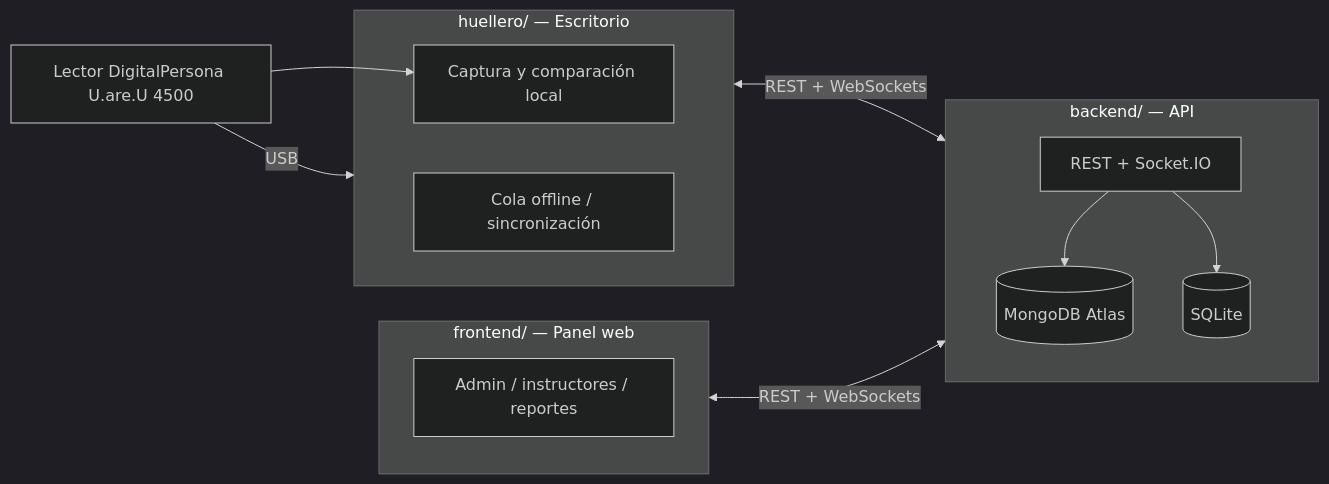
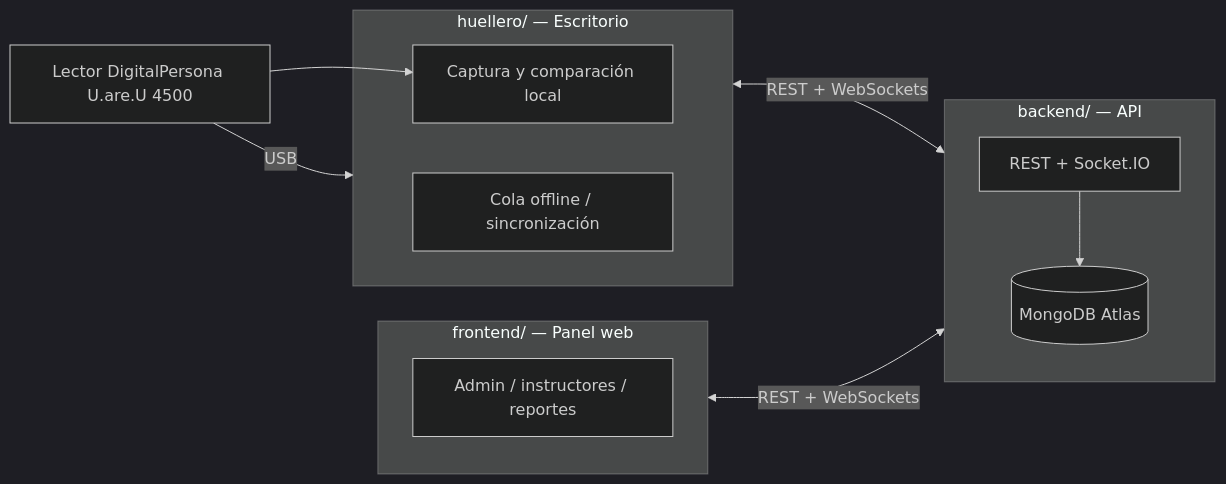
One commit to JuanViviescas00/Asista changed the diagram in README.md. Above: the diagram before and after it, drawn with Mermaid (dark theme). The commit also changed other lines of this file and 9 other files, not shown here.

````diff
--- a/README.md
+++ b/README.md
@@ -19,21 +19,19 @@
 ```mermaid
 flowchart LR
     Lector[Lector DigitalPersona U.are.U 4500] -->|USB| Huellero
     subgraph Huellero[huellero/ — Escritorio]
         Captura[Captura y comparación local]
         Offline[Cola offline / sincronización]
     end
     subgraph Backend[backend/ — API]
         API[REST + Socket.IO]
         Mongo[(MongoDB Atlas)]
-        SQLite[(SQLite)]
     end
     subgraph Frontend[frontend/ — Panel web]
         Panel[Admin / instructores / reportes]
     end
     Lector --> Captura
     Huellero <-->|REST + WebSockets| Backend
     Frontend <-->|REST + WebSockets| Backend
     API --> Mongo
-    API --> SQLite
 ```
````
